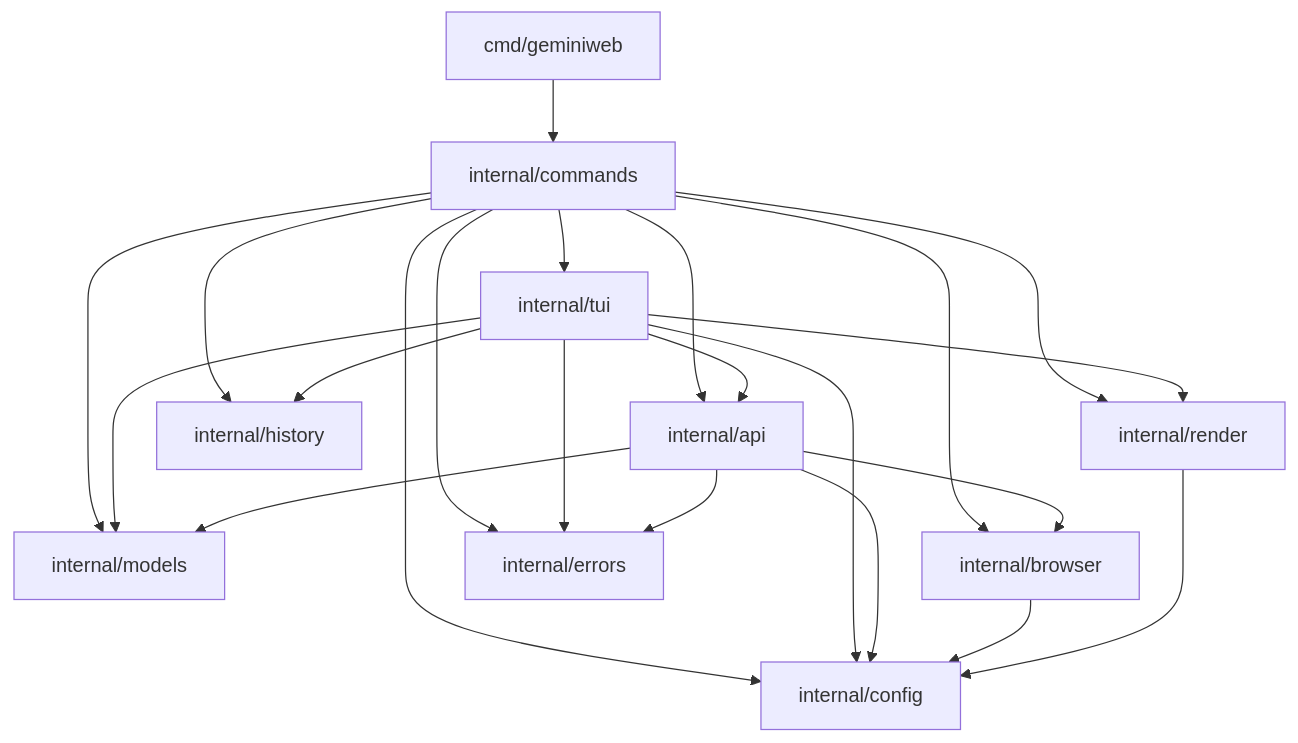
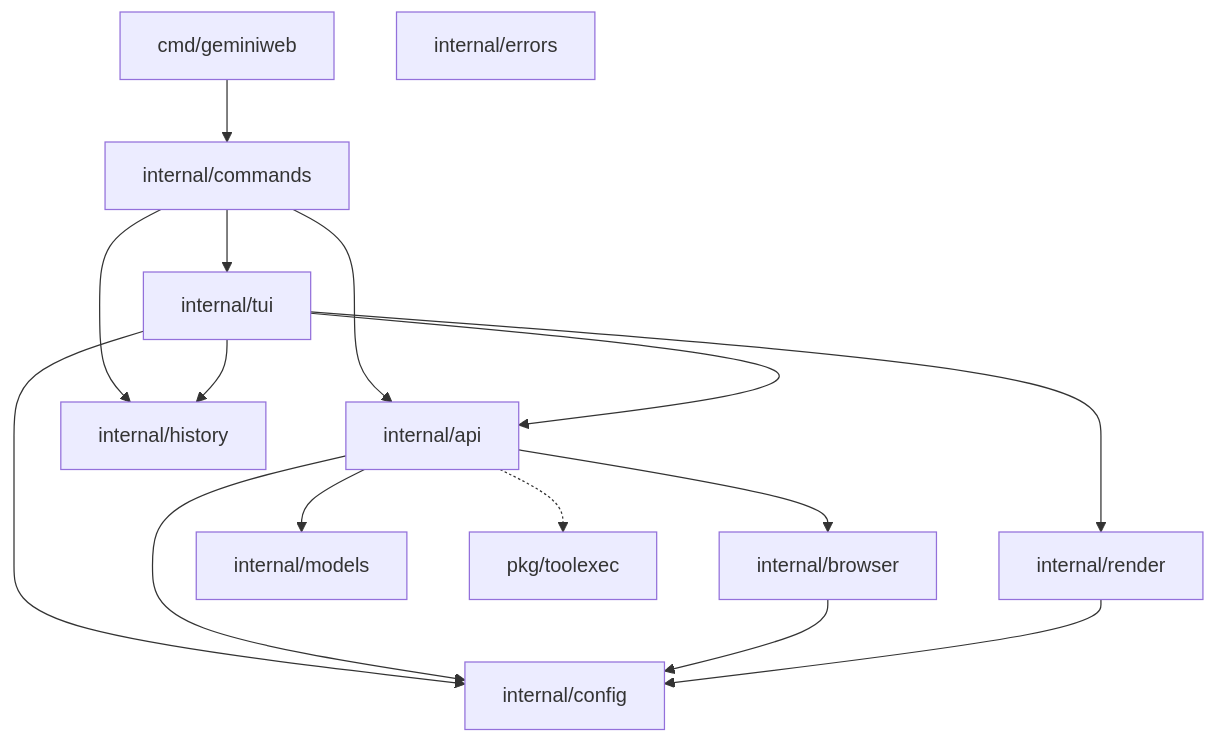
One commit to quantmind-br/geminiweb-go changed the diagram in .ai/docs/dependency_analysis.md. Above: the diagram before and after it, drawn with Mermaid. The commit also changed other lines of this file and 58 other files, not shown here.

````diff
--- a/.ai/docs/dependency_analysis.md
+++ b/.ai/docs/dependency_analysis.md
@@ -55,34 +48,32 @@
 ```mermaid
 graph TD
-    cmd/geminiweb --> internal/commands
+    %% Entry Points
+    CMD[cmd/geminiweb] --> CMDS[internal/commands]
     
-    internal/commands --> internal/api
-    internal/commands --> internal/tui
-    internal/commands --> internal/config
-    internal/commands --> internal/models
-    internal/commands --> internal/render
-    internal/commands --> internal/browser
-    internal/commands --> internal/history
-    internal/commands --> internal/errors
+    %% Orchestration
+    CMDS --> TUI[internal/tui]
+    CMDS --> API[internal/api]
+    CMDS --> HIST[internal/history]
     
-    internal/tui --> internal/api
-    internal/tui --> internal/config
-    internal/tui --> internal/models
-    internal/tui --> internal/render
-    internal/tui --> internal/history
-    internal/tui --> internal/errors
+    %% UI Layer
+    TUI --> API
+    TUI --> HIST
+    TUI --> REND[internal/render]
     
-    internal/api --> internal/browser
-    internal/api --> internal/config
-    internal/api --> internal/models
-    internal/api --> internal/errors
+    %% Service Layer
+    API --> BROW[internal/browser]
+    API --> MODS[internal/models]
     
-    internal/browser --> internal/config
-    internal/render --> internal/config
+    %% Utility/Base
+    TUI --> CFG[internal/config]
+    API --> CFG
+    BROW --> CFG
+    REND --> CFG
     
-    %% Base Packages
-    internal/config
-    internal/models
-    internal/errors
-    internal/history
+    %% New Subsystem
+    API -.-> TOOL[pkg/toolexec]
+    
+    %% Leaf Nodes
+    MODS
+    ERR[internal/errors]
 ```
````
